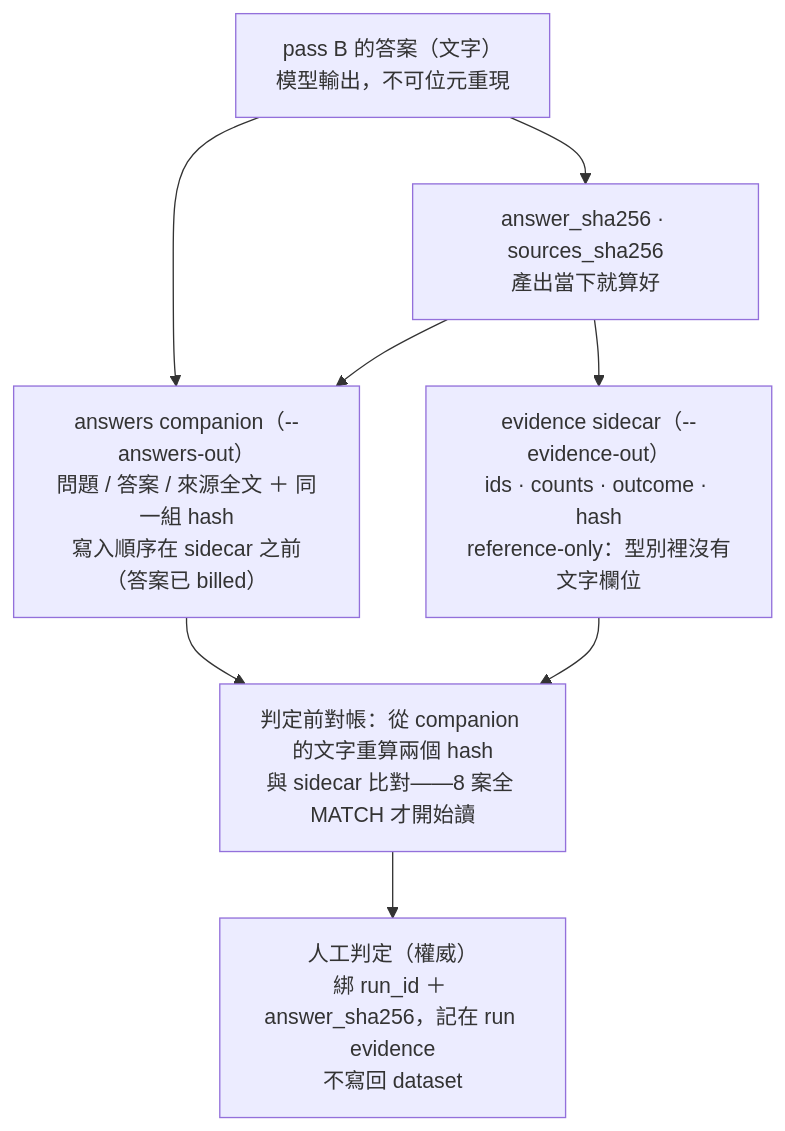
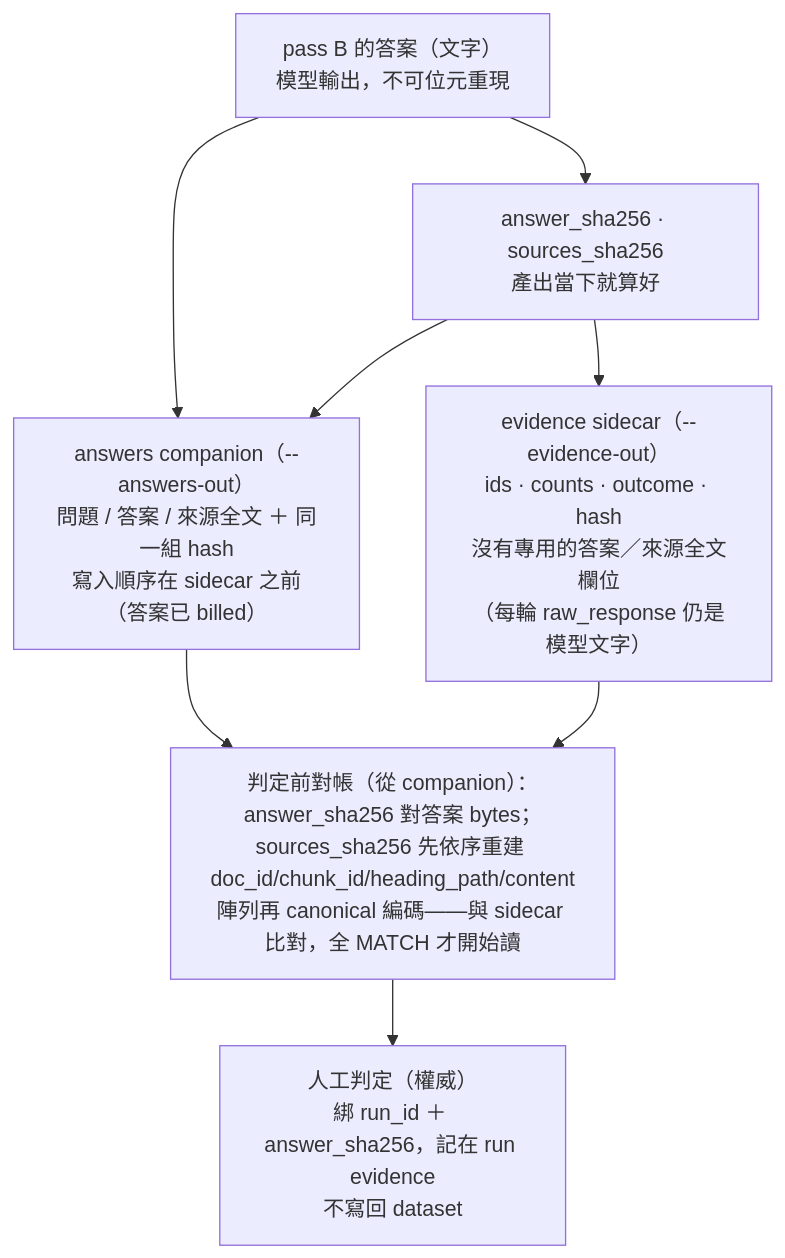
Before and after one commit to kehao-playground/azure-genai-backend-lab: the diagram in docs/diagrams/eval-evidence-chain.zh-tw.mmd, drawn with Mermaid. The commit also changed 5 other files, not shown here.

```diff
--- a/docs/diagrams/eval-evidence-chain.zh-tw.mmd
+++ b/docs/diagrams/eval-evidence-chain.zh-tw.mmd
@@ -1,21 +1,21 @@
 %% Publication source (zh-TW) for the Day 28 article figure.
 %% English semantic companion: eval-evidence-chain.md — keep the two in the same topology.
 %% The planning repo stores only the rendered PNG snapshot (proposal 005).
 flowchart TB
     answer["pass B 的答案（文字）<br/>模型輸出，不可位元重現"]
     hashes["answer_sha256 · sources_sha256<br/>產出當下就算好"]
     answer --> hashes
 
-    sidecar["evidence sidecar（--evidence-out）<br/>ids · counts · outcome · hash<br/>reference-only：型別裡沒有文字欄位"]
+    sidecar["evidence sidecar（--evidence-out）<br/>ids · counts · outcome · hash<br/>沒有專用的答案／來源全文欄位<br/>（每輪 raw_response 仍是模型文字）"]
     comp["answers companion（--answers-out）<br/>問題 / 答案 / 來源全文 ＋ 同一組 hash<br/>寫入順序在 sidecar 之前（答案已 billed）"]
 
     hashes --> sidecar
     answer --> comp
     hashes --> comp
 
-    recheck["判定前對帳：從 companion 的文字重算兩個 hash<br/>與 sidecar 比對——8 案全 MATCH 才開始讀"]
+    recheck["判定前對帳（從 companion）：answer_sha256 對答案 bytes；<br/>sources_sha256 先依序重建 doc_id/chunk_id/heading_path/content<br/>陣列再 canonical 編碼——與 sidecar 比對，全 MATCH 才開始讀"]
     comp --> recheck
     sidecar --> recheck
 
     human["人工判定（權威）<br/>綁 run_id ＋ answer_sha256，記在 run evidence<br/>不寫回 dataset"]
     recheck --> human
```
